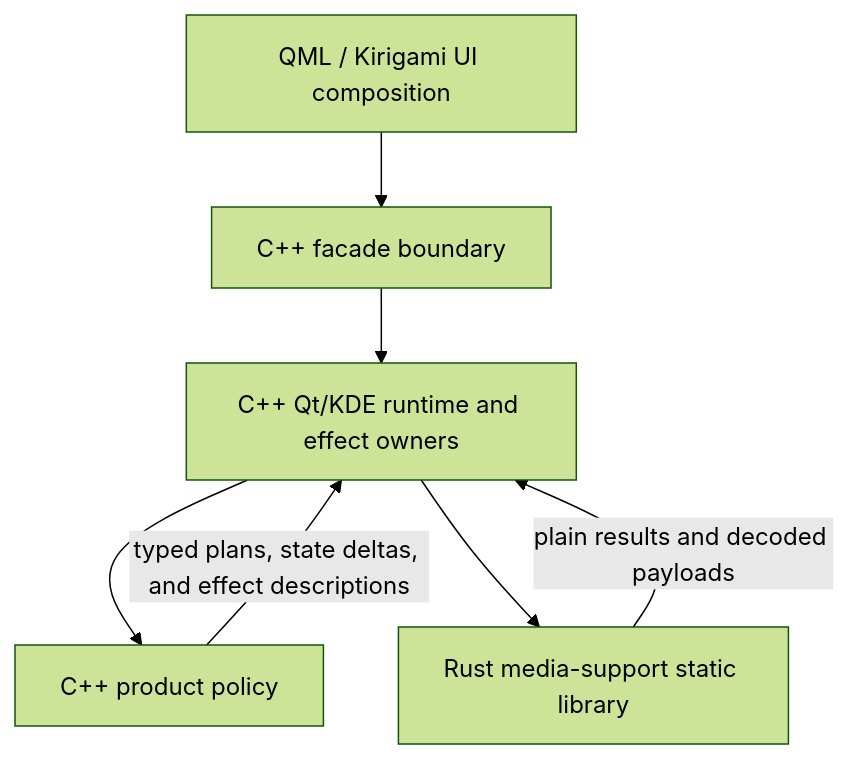
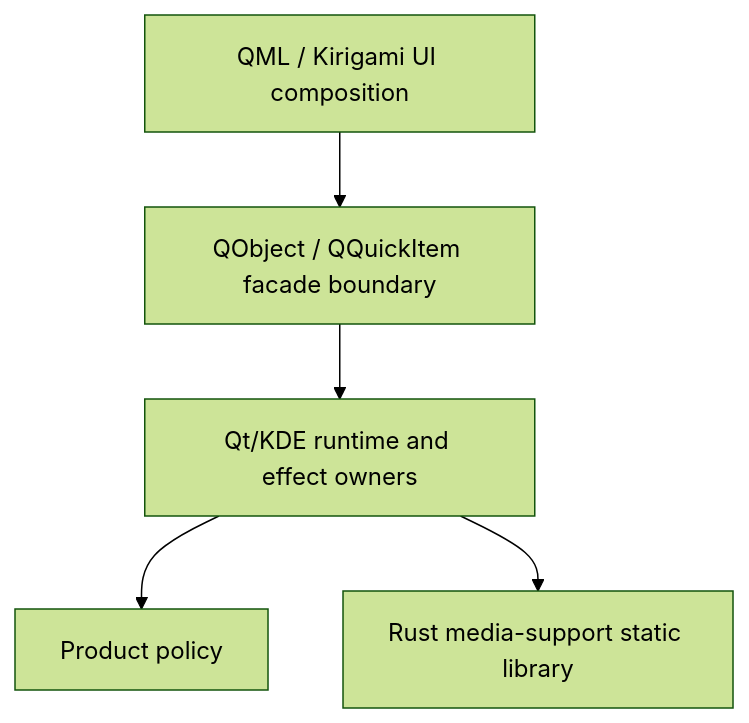
The diagram in app/docs/architecture/overview.md (hnjae/kiriview), drawn with Mermaid (forest theme) before and after one commit. The commit also changed other lines of this file and 31 other files, not shown here.

Commit message:
docs(app): name architecture owners by role

````diff
--- a/app/docs/architecture/overview.md
+++ b/app/docs/architecture/overview.md
@@ -5,13 +5,11 @@
 ```mermaid
 flowchart TD
     UI["QML / Kirigami UI composition"]
-    Facade["C++ facade boundary"]
-    Runtime["C++ Qt/KDE runtime and effect owners"]
-    Policy["C++ product policy"]
+    Facade["QObject / QQuickItem facade boundary"]
+    Runtime["Qt/KDE runtime and effect owners"]
+    Policy["Product policy"]
     Support["Rust media-support static library"]
 
     UI --> Facade --> Runtime --> Policy
-    Policy -- "typed plans, state deltas, and effect descriptions" --> Runtime
     Runtime --> Support
-    Support -- "plain results and decoded payloads" --> Runtime
 ```
````
